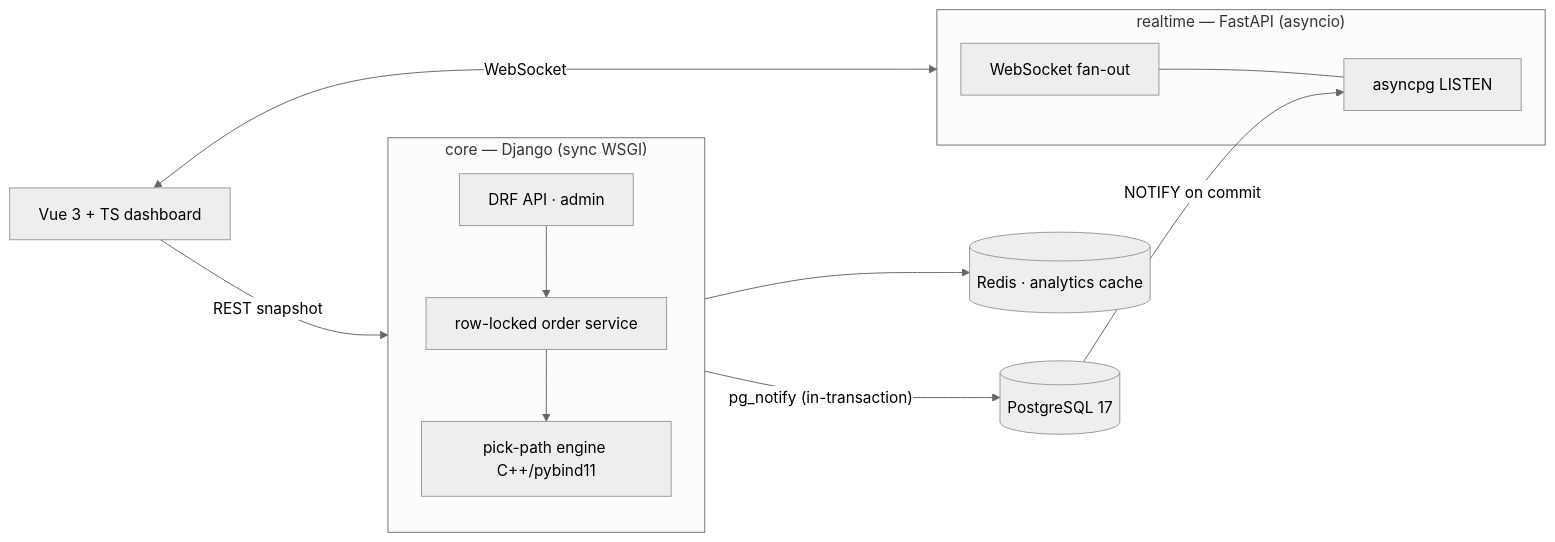
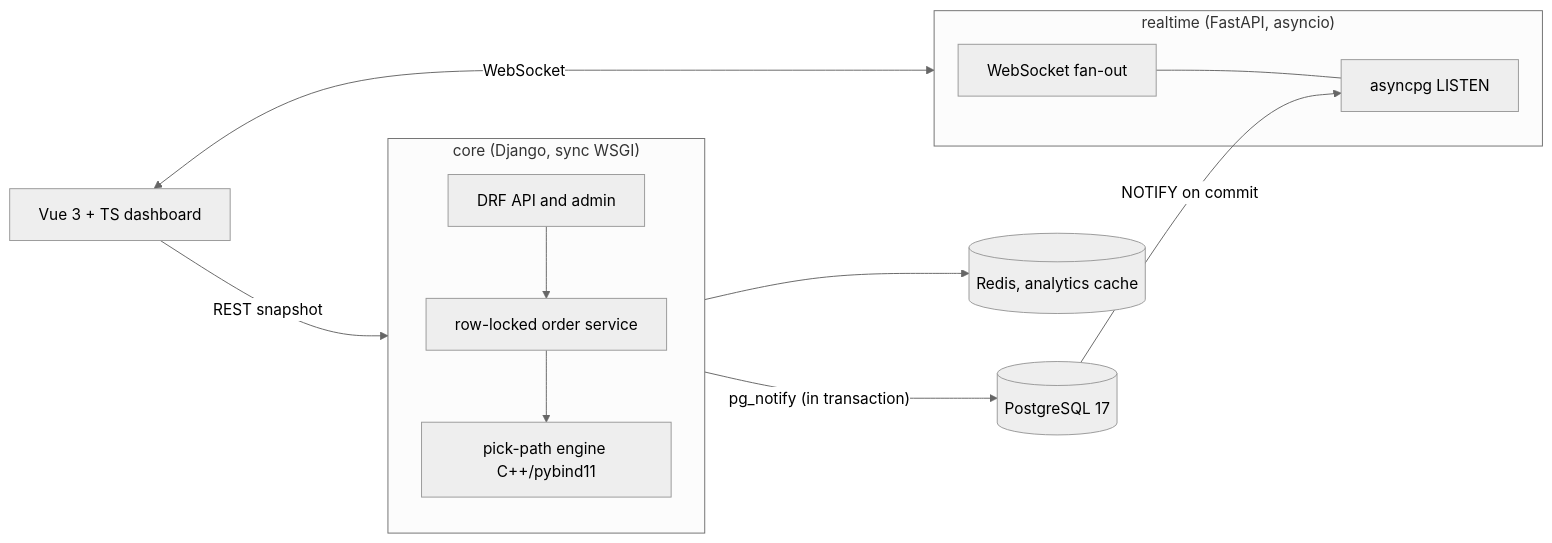
One commit to AriyanTipu/realtime-orders-platform changed the diagram in README.md. Above: the diagram before and after it, drawn with Mermaid (neutral theme). The commit also changed other lines of this file and 36 other files, not shown here.

````diff
--- a/README.md
+++ b/README.md
@@ -28,19 +29,19 @@
 ```mermaid
 flowchart LR
     UI[Vue 3 + TS dashboard] <-->|WebSocket| RT
     UI -->|REST snapshot| CORE
 
-    subgraph CORE["core — Django (sync WSGI)"]
+    subgraph CORE["core (Django, sync WSGI)"]
         direction TB
-        API[DRF API · admin] --> SVC[row-locked order service]
+        API[DRF API and admin] --> SVC[row-locked order service]
         SVC --> CPP[pick-path engine C++/pybind11]
     end
 
-    subgraph RT["realtime — FastAPI (asyncio)"]
+    subgraph RT["realtime (FastAPI, asyncio)"]
         WS[WebSocket fan-out] --- LSN[asyncpg LISTEN]
     end
 
-    SVC -->|"pg_notify (in-transaction)"| PG[(PostgreSQL 17)]
+    SVC -->|"pg_notify (in transaction)"| PG[(PostgreSQL 17)]
     PG -->|NOTIFY on commit| LSN
-    API --> RD[(Redis · analytics cache)]
+    API --> RD[(Redis, analytics cache)]
 ```
````
